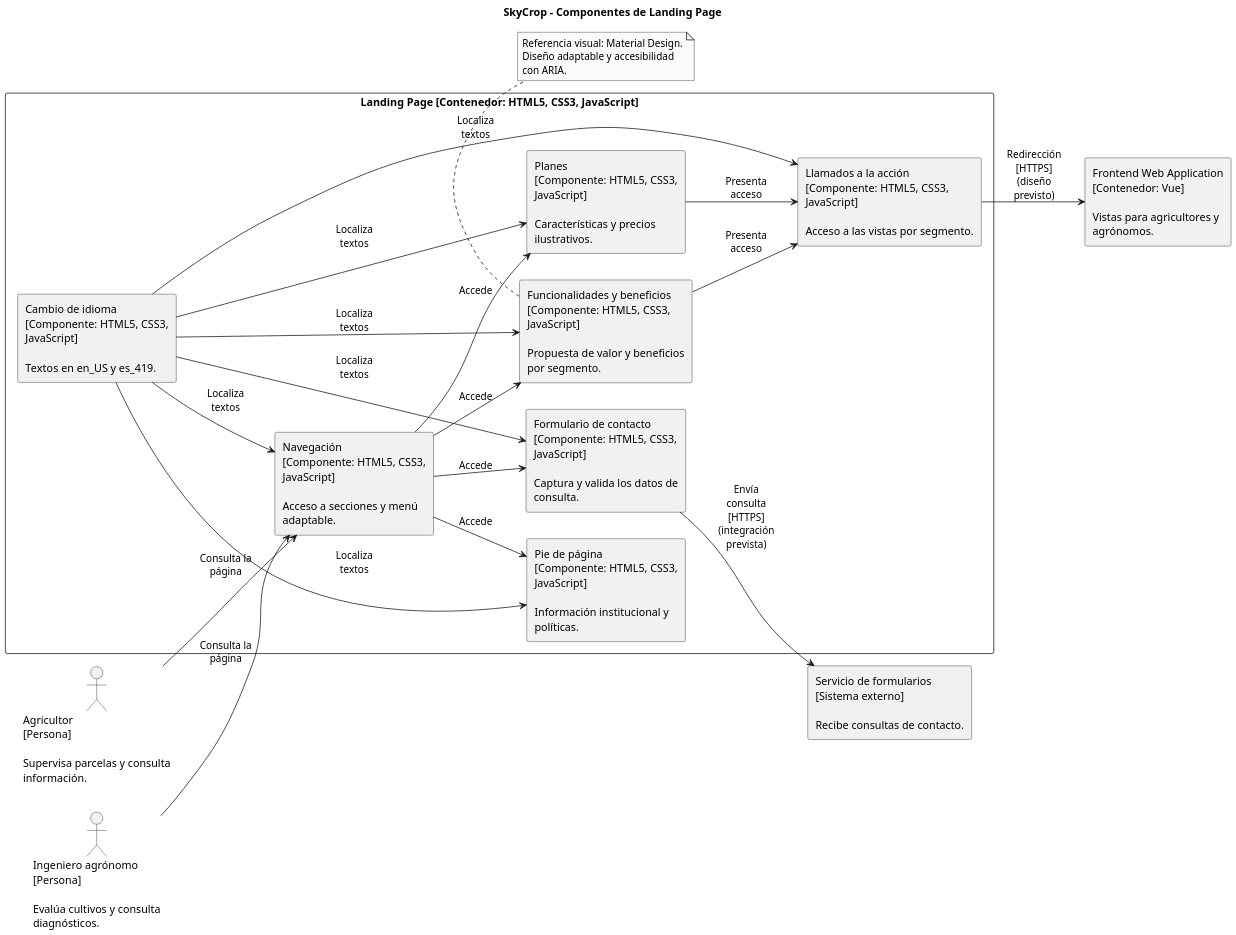
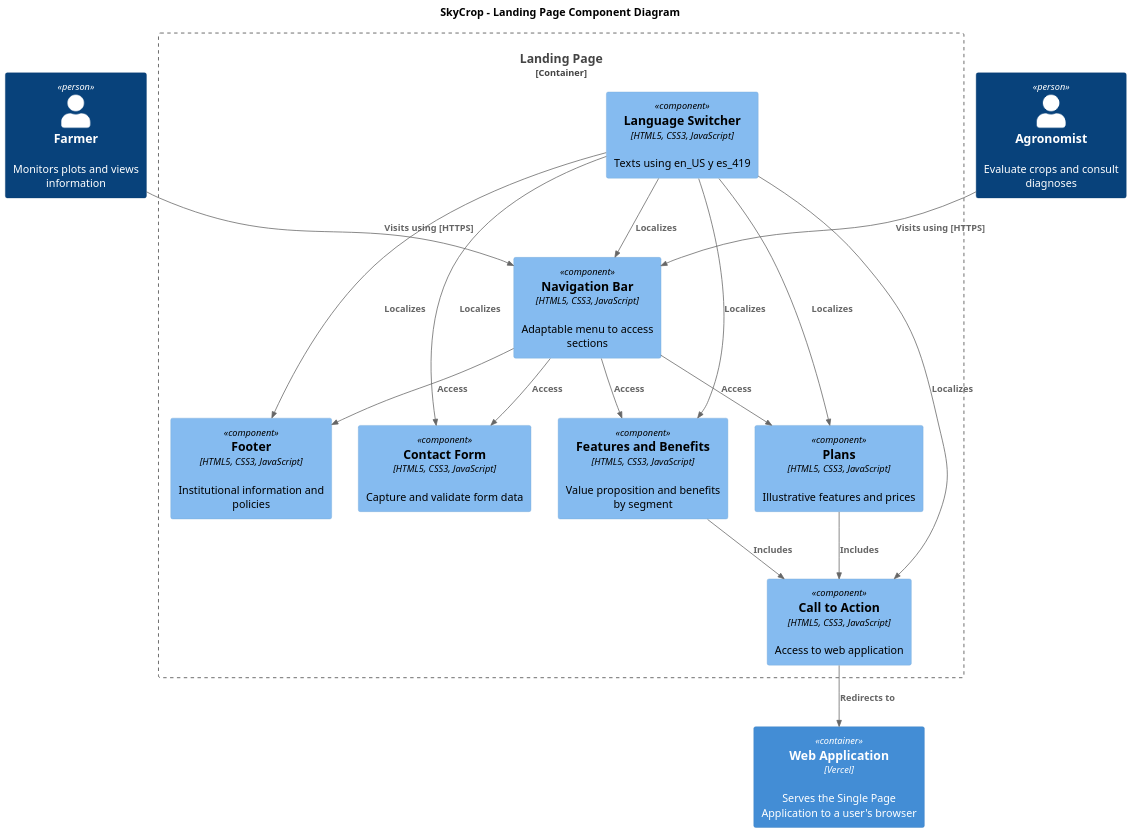
One commit to upc-GreenTech/skycrop-report changed the diagram in resources/diagrams/component-level/Components-Landing-updated.puml. Above: the diagram before and after it, drawn with PlantUML. The commit also changed 9 other files, not shown here.

Commit message:
fix(report): update container, landing components and frontend components diagrams

```diff
--- a/resources/diagrams/component-level/Components-Landing-updated.puml
+++ b/resources/diagrams/component-level/Components-Landing-updated.puml
@@ -1,45 +1,52 @@
 @startuml
-skinparam monochrome true
+
+!include https://raw.githubusercontent.com/plantuml-stdlib/C4-PlantUML/master/C4_Component.puml
+
 skinparam shadowing false
 skinparam dpi 150
 skinparam defaultFontName SansSerif
 skinparam wrapWidth 220
-skinparam maxMessageSize 70
-skinparam componentStyle rectangle
-left to right direction
-title SkyCrop - Componentes de Landing Page
-actor "Agricultor\n[Persona]\n\nSupervisa parcelas y consulta información." as farmer
-actor "Ingeniero agrónomo\n[Persona]\n\nEvalúa cultivos y consulta diagnósticos." as agronomist
-rectangle "Landing Page [Contenedor: HTML5, CSS3, JavaScript]" {
-component "Navegación\n[Componente: HTML5, CSS3, JavaScript]\n\nAcceso a secciones y menú adaptable." as navigation
-component "Funcionalidades y beneficios\n[Componente: HTML5, CSS3, JavaScript]\n\nPropuesta de valor y beneficios por segmento." as content
-component "Planes\n[Componente: HTML5, CSS3, JavaScript]\n\nCaracterísticas y precios ilustrativos." as plans
-component "Formulario de contacto\n[Componente: HTML5, CSS3, JavaScript]\n\nCaptura y valida los datos de consulta." as contact
-component "Pie de página\n[Componente: HTML5, CSS3, JavaScript]\n\nInformación institucional y políticas." as footer
-component "Cambio de idioma\n[Componente: HTML5, CSS3, JavaScript]\n\nTextos en en_US y es_419." as language
-component "Llamados a la acción\n[Componente: HTML5, CSS3, JavaScript]\n\nAcceso a las vistas por segmento." as cta
+
+
+title SkyCrop - Landing Page Component Diagram
+
+Person(farmer, "Farmer", "Monitors plots and views information")
+Person(agronomist, "Agronomist" ,"Evaluate crops and consult diagnoses")
+
+Container(web, "Web Application", "Vercel", "Serves the Single Page Application to a user's browser")
+
+
+
+Container_Boundary(landing_page, "Landing Page") {
+    Component(navigation, "Navigation Bar", "HTML5, CSS3, JavaScript", "Adaptable menu to access sections")
+    Component(content, "Features and Benefits", "HTML5, CSS3, JavaScript", "Value proposition and benefits by segment")
+    Component(plans, "Plans", "HTML5, CSS3, JavaScript", "Illustrative features and prices")
+    Component(contact, "Contact Form", "HTML5, CSS3, JavaScript", "Capture and validate form data")
+    Component(footer, "Footer", "HTML5, CSS3, JavaScript", "Institutional information and policies")
+    Component(language, "Language Switcher", "HTML5, CSS3, JavaScript", "Texts using en_US y es_419")
+    Component(cta, "Call to Action", "HTML5, CSS3, JavaScript", "Access to web application")
 }
-component "Frontend Web Application\n[Contenedor: Vue]\n\nVistas para agricultores y agrónomos." as web
-component "Servicio de formularios\n[Sistema externo]\n\nRecibe consultas de contacto." as contactservice
-farmer --> navigation : Consulta la página
-agronomist --> navigation : Consulta la página
-navigation --> content : Accede
-navigation --> plans : Accede
-navigation --> contact : Accede
-navigation --> footer : Accede
-content --> cta : Presenta acceso
-plans --> cta : Presenta acceso
-cta --> web : Redirección [HTTPS]\n(diseño previsto)
-contact --> contactservice : Envía consulta [HTTPS]\n(integración prevista)
-language --> navigation : Localiza textos
-language --> content : Localiza textos
-language --> plans : Localiza textos
-language --> contact : Localiza textos
-language --> footer : Localiza textos
-language --> cta : Localiza textos
-note bottom of content
-Referencia visual: Material Design.
-Diseño adaptable y accesibilidad con ARIA.
-end note
+
+
+Rel(farmer, navigation, "Visits using [HTTPS]", "")
+Rel(agronomist, navigation, "Visits using [HTTPS]", "")
+
+Rel(navigation, content, "Access", "")
+Rel(navigation, plans, "Access", "")
+Rel(navigation, contact, "Access", "")
+Rel(navigation, footer, "Access", "")
+
+Rel(content, cta, "Includes", "")
+Rel(plans, cta, "Includes", "")
+
+Rel(cta, web, "Redirects to")
+
+
+Rel(language, navigation, "Localizes", "")
+Rel(language, content, "Localizes", "")
+Rel(language, plans, "Localizes", "")
+Rel(language, contact, "Localizes", "")
+Rel(language, footer, "Localizes", "")
+Rel(language, cta, "Localizes", "")
 
 @enduml
```
